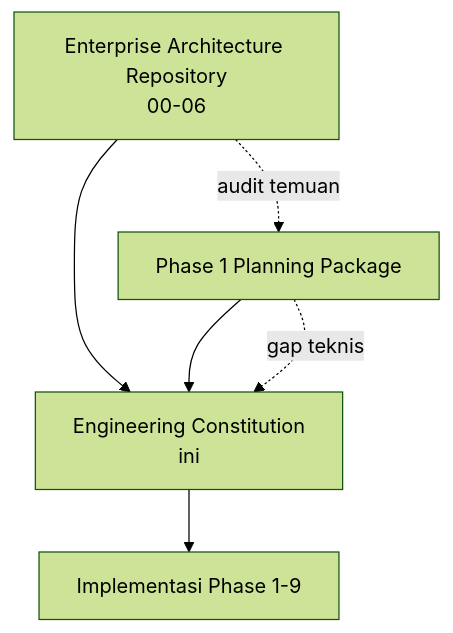
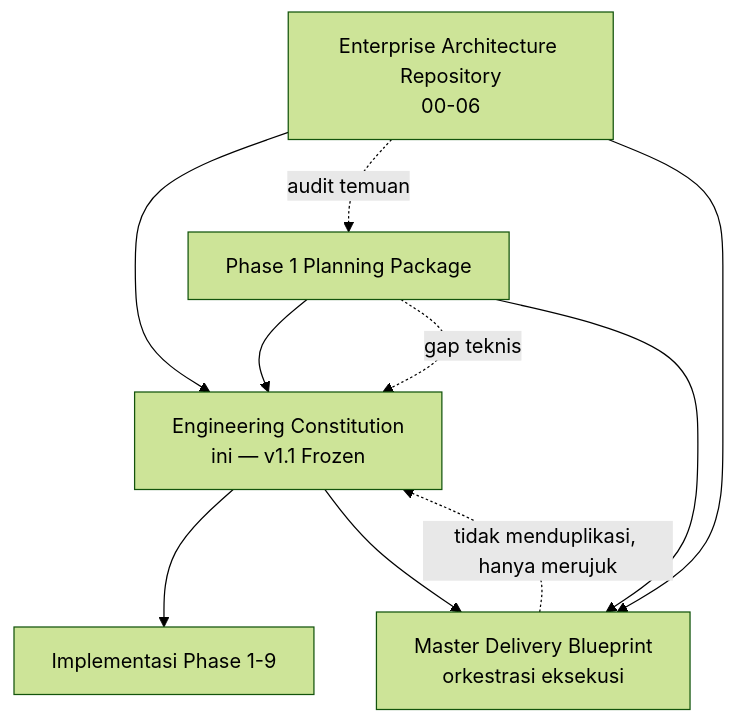
One commit to nihzaa/puraloka-suite changed the diagram in docs/superpowers/specs/2026-07-18-enterprise-architecture/Engineering-Constitution/README.md. Above: the diagram before and after it, drawn with Mermaid (forest theme). The commit also changed other lines of this file and 7 other files, not shown here.

````diff
--- a/docs/superpowers/specs/2026-07-18-enterprise-architecture/Engineering-Constitution/README.md
+++ b/docs/superpowers/specs/2026-07-18-enterprise-architecture/Engineering-Constitution/README.md
@@ -106,8 +107,12 @@
 ```mermaid
 graph TB
-    ARCH[Enterprise Architecture Repository\n00-06] --> CONST[Engineering Constitution\nini]
+    ARCH[Enterprise Architecture Repository\n00-06] --> CONST[Engineering Constitution\nini — v1.1 Frozen]
     PHASE1[Phase 1 Planning Package] --> CONST
     CONST --> IMPL[Implementasi Phase 1-9]
     ARCH -.audit temuan.-> PHASE1
     PHASE1 -.gap teknis.-> CONST
+    ARCH --> BP[Master Delivery Blueprint\norkestrasi eksekusi]
+    PHASE1 --> BP
+    CONST --> BP
+    BP -.tidak menduplikasi, hanya merujuk.-> CONST
 ```
````
